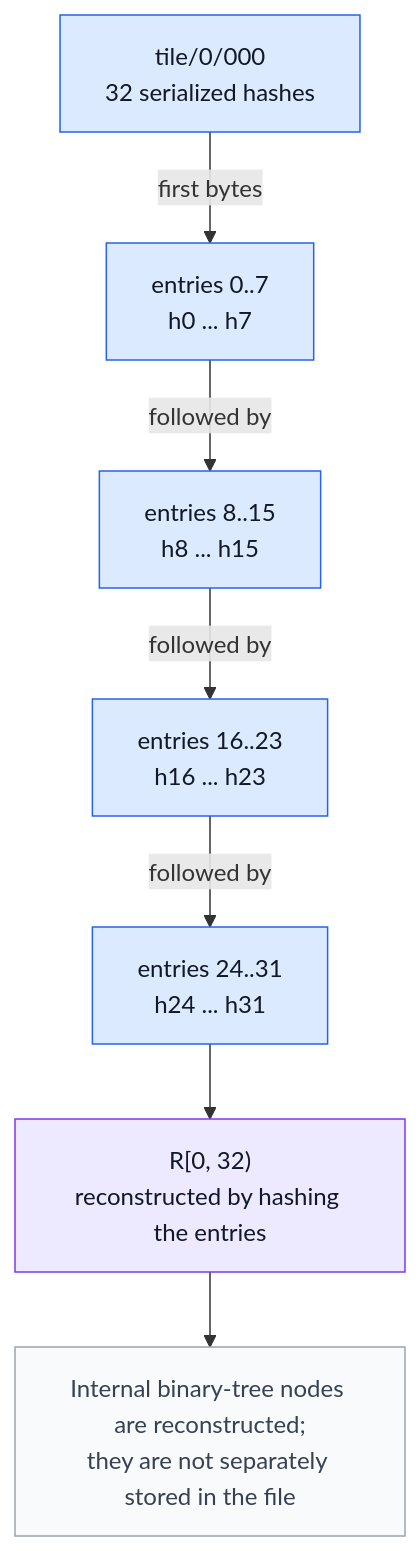
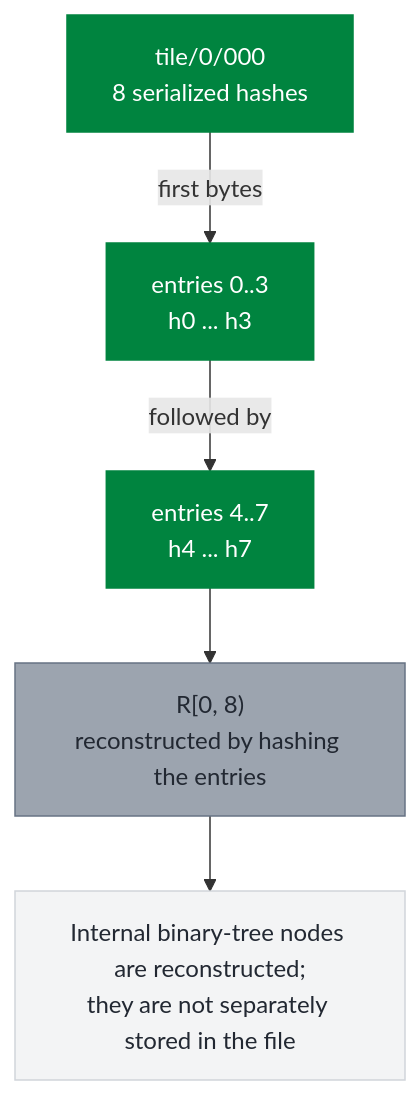
Before and after one commit to microsoft/merklecpp: the third of 20 diagrams in doc/tiles-illustrated.rst, drawn with Mermaid. The commit also changed other lines of this file, not shown here.

```diff
--- a/doc/tiles-illustrated.rst
+++ b/doc/tiles-illustrated.rst
@@ -142,21 +145,17 @@
 .. mermaid::
 
    flowchart TB
-     F["tile/0/000<br/>32 serialized hashes"]:::tile
-     A["entries 0..7<br/>h0 ... h7"]:::tile
-     B["entries 8..15<br/>h8 ... h15"]:::tile
-     C["entries 16..23<br/>h16 ... h23"]:::tile
-     D["entries 24..31<br/>h24 ... h31"]:::tile
-     R["R[0, 32)<br/>reconstructed by hashing the entries"]:::computed
+     F["tile/0/000<br/>8 serialized hashes"]:::tile
+     A["entries 0..3<br/>h0 ... h3"]:::tile
+     B["entries 4..7<br/>h4 ... h7"]:::tile
+     R["R[0, 8)<br/>reconstructed by hashing the entries"]:::computed
      N["Internal binary-tree nodes are reconstructed;<br/>they are not separately stored in the file"]:::note
 
      F -->|first bytes| A
      A -->|followed by| B
-     B -->|followed by| C
-     C -->|followed by| D
-     D --> R
+     B --> R
      R --> N
 
-     classDef tile fill:#dbeafe,stroke:#2563eb,color:#111827
-     classDef computed fill:#ede9fe,stroke:#7c3aed,color:#111827
-     classDef note fill:#f9fafb,stroke:#9ca3af,color:#374151
+     classDef tile fill:#00843f,stroke:#00843f,color:#ffffff
+     classDef computed fill:#9ca4af,stroke:#677384,color:#222832
+     classDef note fill:#f3f4f5,stroke:#d1d5da,color:#222832
```
